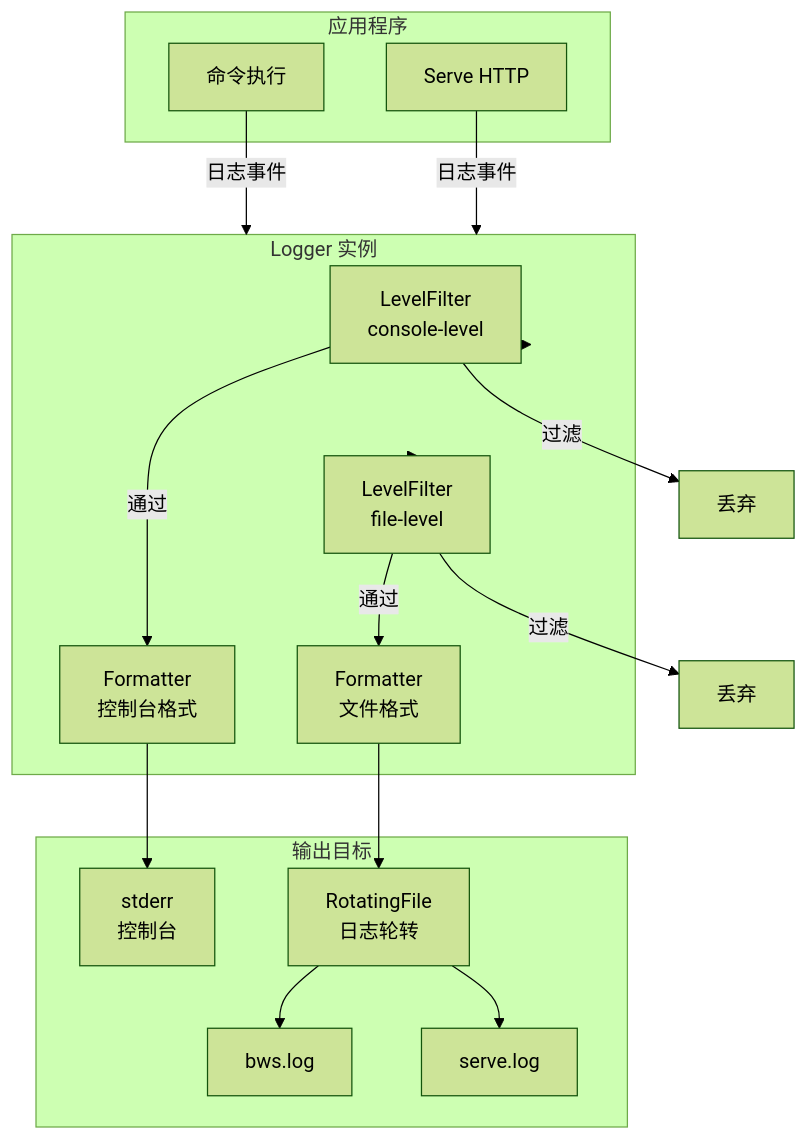
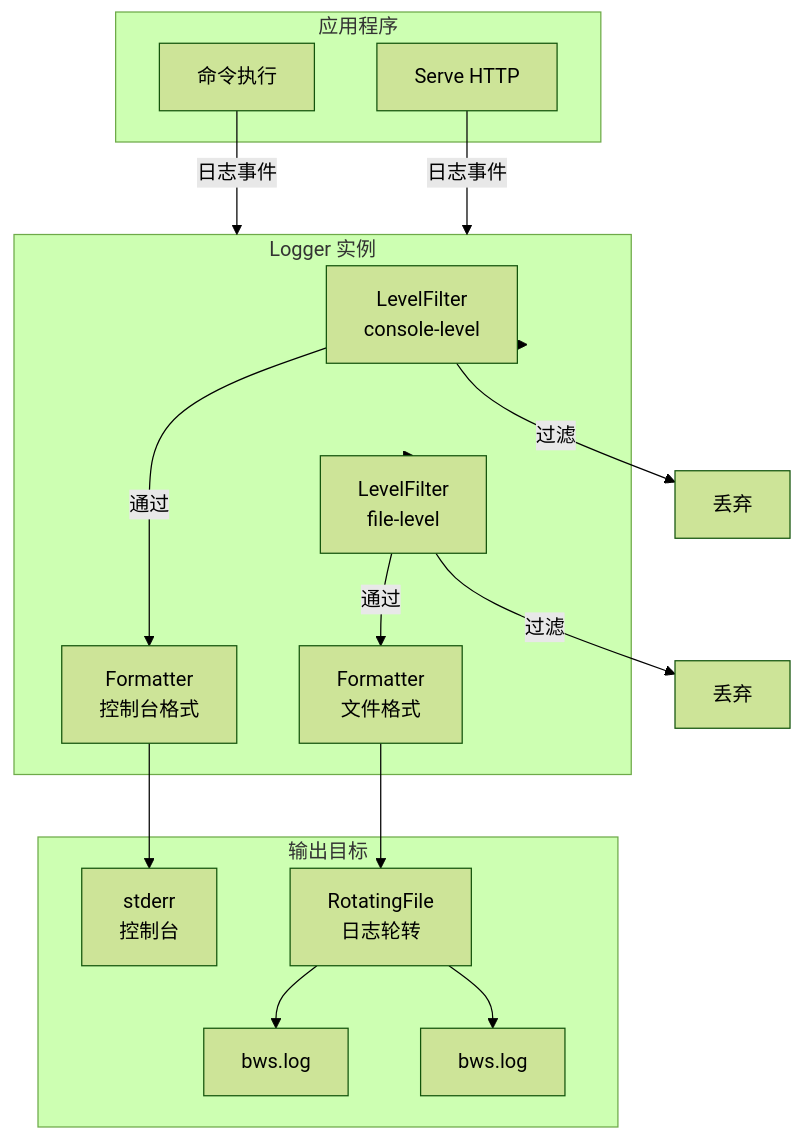
The ninth of 11 diagrams in docs/guide/design.md (hyjiacan/browser-workshop), drawn with Mermaid (forest theme) before and after one commit. The commit also changed other lines of this file and 45 other files, not shown here.

````diff
--- a/docs/guide/design.md
+++ b/docs/guide/design.md
@@ -296,34 +296,34 @@
 ```mermaid
 graph TB
     subgraph App["应用程序"]
         CMD["命令执行"]
         SRV["Serve HTTP"]
     end
 
     subgraph Logger["Logger 实例"]
         L1["LevelFilter<br/>console-level"]
         L2["LevelFilter<br/>file-level"]
         FMT1["Formatter<br/>控制台格式"]
         FMT2["Formatter<br/>文件格式"]
     end
 
     subgraph Outputs["输出目标"]
         CON["stderr<br/>控制台"]
         ROT["RotatingFile<br/>日志轮转"]
         FILE1["bws.log"]
-        FILE2["serve.log"]
+        FILE2["bws.log"]
     end
 
     CMD -->|日志事件| Logger
     SRV -->|日志事件| Logger
     Logger --> L1
     Logger --> L2
     L1 -->|通过| FMT1
     L1 -->|过滤| DROP1["丢弃"]
     L2 -->|通过| FMT2
     L2 -->|过滤| DROP2["丢弃"]
     FMT1 --> CON
     FMT2 --> ROT
     ROT --> FILE1
     ROT --> FILE2
 ```
````
